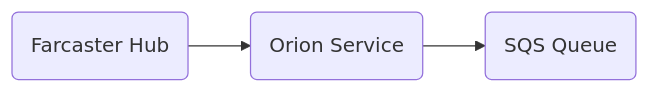
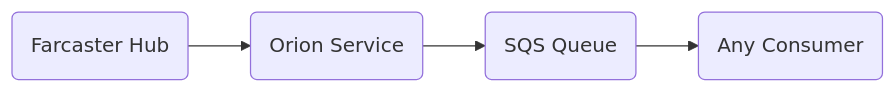
The diagram in README.md (fiddotdev/orion), drawn with Mermaid before and after one commit.

Commit message:
docs: updated how-it-works graph

````diff
--- a/README.md
+++ b/README.md
@@ -13,5 +13,6 @@
 ```mermaid
 graph LR
     A(Farcaster Hub) --> B(Orion Service)
     B --> C(SQS Queue)
+    C --> D(Any Consumer)
 ```
````
